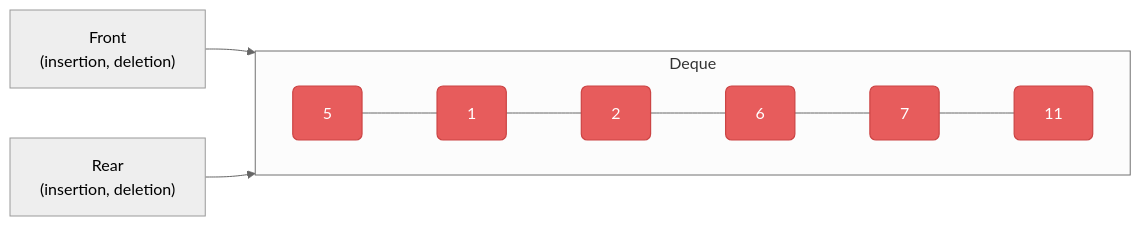
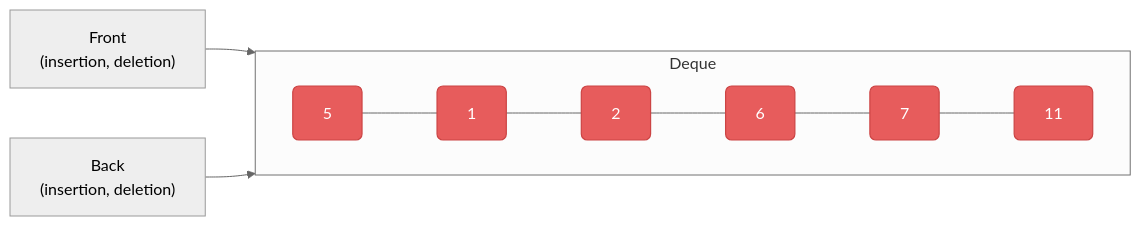
One commit to xmlbuilder/CPlus_Tutorial changed the first of 2 diagrams in 3. STL & 컨테이너 & 알고리즘/12-Deque_queue_overview.md. Above: the diagram before and after it, drawn with Mermaid (neutral theme). The commit also changed other lines of this file, not shown here.

````diff
--- a/3. STL & 컨테이너 & 알고리즘/12-Deque_queue_overview.md
+++ b/3. STL & 컨테이너 & 알고리즘/12-Deque_queue_overview.md
@@ -13,26 +13,26 @@
 ```mermaid
 flowchart LR
   %% deque cells
   subgraph D["Deque"]
     direction LR
     q5["5"]
     q1["1"]
     q2["2"]
     q6["6"]
     q7["7"]
     q11["11"]
     q5 --- q1 --- q2 --- q6 --- q7 --- q11
   end
 
   %% endpoints (both insertion & deletion)
   F["Front<br/>(insertion, deletion)"]
-  R["Rear<br/>(insertion, deletion)"]
+  R["Back<br/>(insertion, deletion)"]
 
   F --> q5
   R --> q11
 
   %% styling
   classDef cell fill:#e75c5c,stroke:#c44,stroke-width:1.2,rx:6,ry:6,color:#fff;
   class q5,q1,q2,q6,q7,q11 cell;
 
 ```
````
